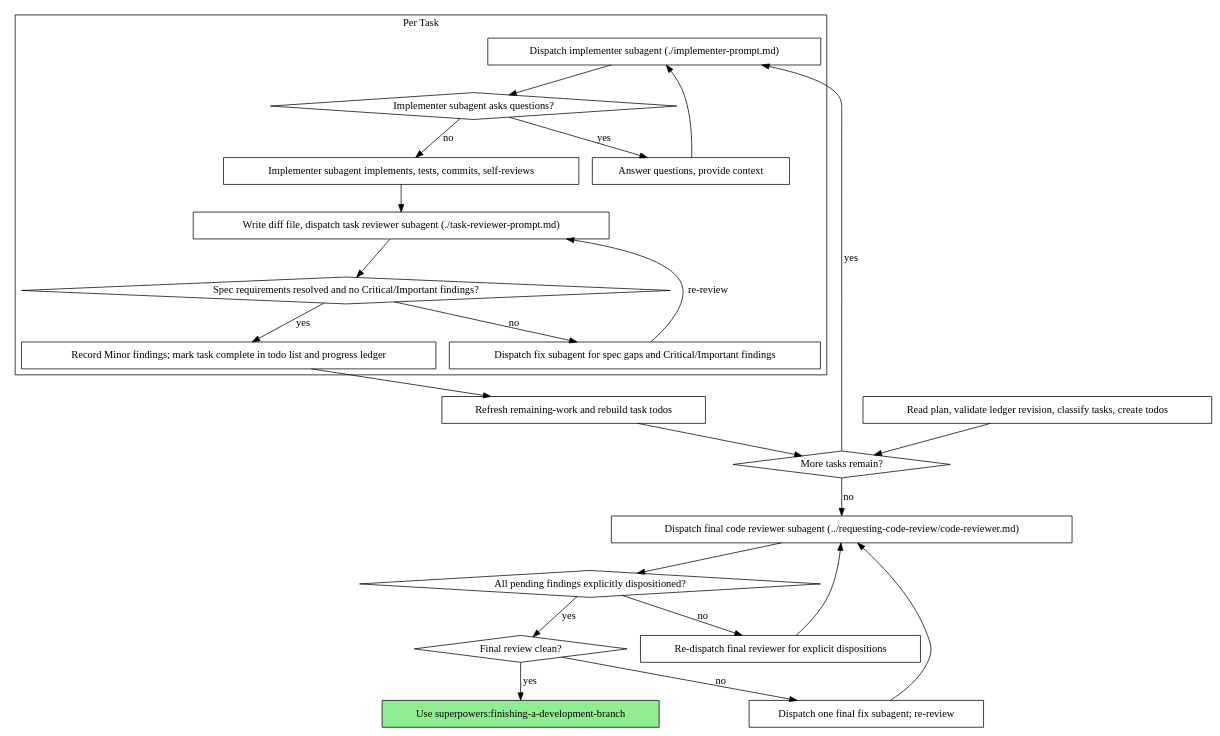
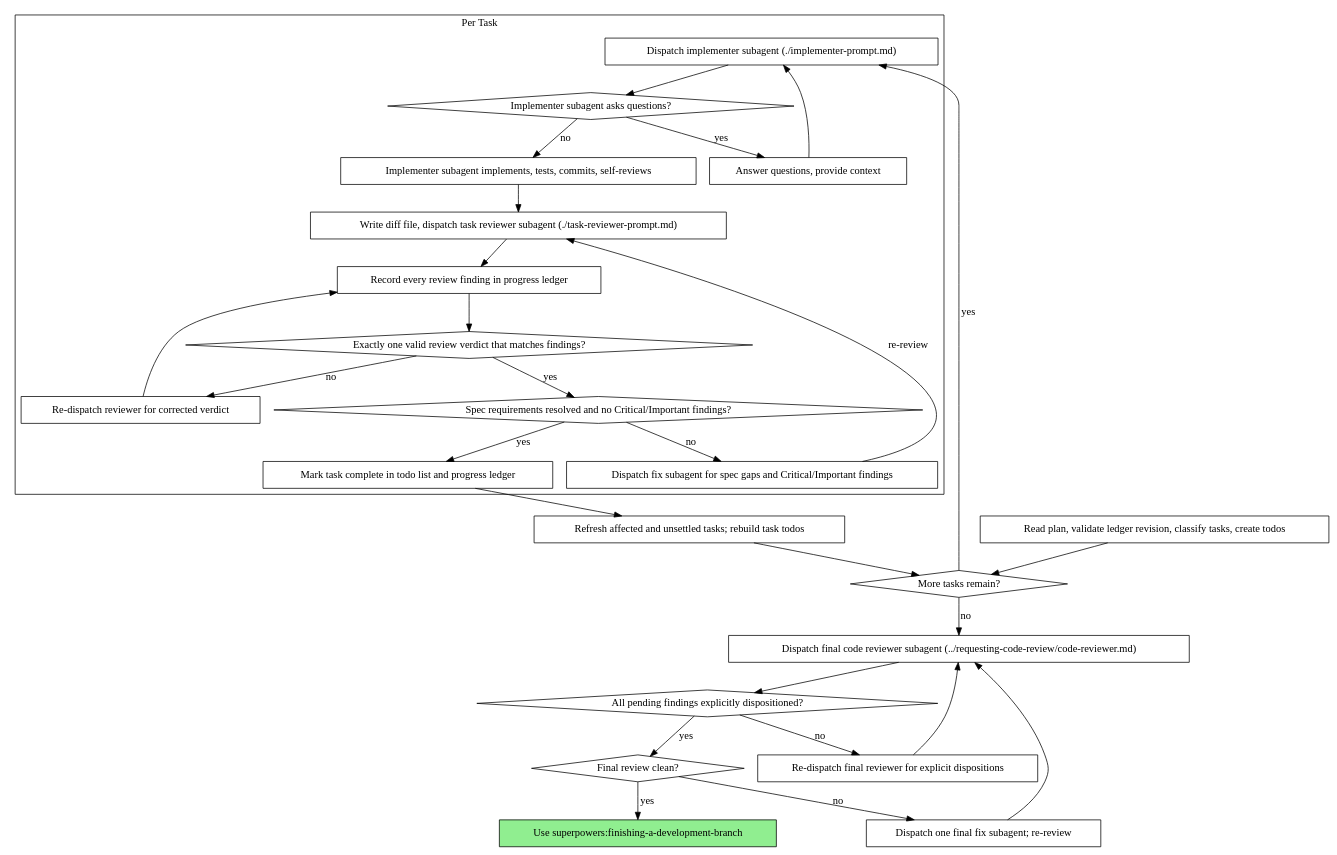
The second of 2 diagrams in skills/subagent-driven-development/SKILL.md (merlinran/superpowers), drawn with Graphviz before and after one commit. The commit also changed other lines of this file and 5 other files, not shown here.

````diff
--- a/skills/subagent-driven-development/SKILL.md
+++ b/skills/subagent-driven-development/SKILL.md
@@ -66,49 +66,56 @@
 ```dot
 digraph process {
     rankdir=TB;
 
     subgraph cluster_per_task {
         label="Per Task";
         "Dispatch implementer subagent (./implementer-prompt.md)" [shape=box];
         "Implementer subagent asks questions?" [shape=diamond];
         "Answer questions, provide context" [shape=box];
         "Implementer subagent implements, tests, commits, self-reviews" [shape=box];
         "Write diff file, dispatch task reviewer subagent (./task-reviewer-prompt.md)" [shape=box];
+        "Record every review finding in progress ledger" [shape=box];
+        "Exactly one valid review verdict that matches findings?" [shape=diamond];
+        "Re-dispatch reviewer for corrected verdict" [shape=box];
         "Spec requirements resolved and no Critical/Important findings?" [shape=diamond];
         "Dispatch fix subagent for spec gaps and Critical/Important findings" [shape=box];
-        "Record Minor findings; mark task complete in todo list and progress ledger" [shape=box];
+        "Mark task complete in todo list and progress ledger" [shape=box];
     }
 
     "Read plan, validate ledger revision, classify tasks, create todos" [shape=box];
-    "Refresh remaining-work and rebuild task todos" [shape=box];
+    "Refresh affected and unsettled tasks; rebuild task todos" [shape=box];
     "More tasks remain?" [shape=diamond];
     "Dispatch final code reviewer subagent (../requesting-code-review/code-reviewer.md)" [shape=box];
     "All pending findings explicitly dispositioned?" [shape=diamond];
     "Re-dispatch final reviewer for explicit dispositions" [shape=box];
     "Final review clean?" [shape=diamond];
     "Dispatch one final fix subagent; re-review" [shape=box];
     "Use superpowers:finishing-a-development-branch" [shape=box style=filled fillcolor=lightgreen];
 
     "Read plan, validate ledger revision, classify tasks, create todos" -> "More tasks remain?";
     "Dispatch implementer subagent (./implementer-prompt.md)" -> "Implementer subagent asks questions?";
     "Implementer subagent asks questions?" -> "Answer questions, provide context" [label="yes"];
     "Answer questions, provide context" -> "Dispatch implementer subagent (./implementer-prompt.md)";
     "Implementer subagent asks questions?" -> "Implementer subagent implements, tests, commits, self-reviews" [label="no"];
     "Implementer subagent implements, tests, commits, self-reviews" -> "Write diff file, dispatch task reviewer subagent (./task-reviewer-prompt.md)";
-    "Write diff file, dispatch task reviewer subagent (./task-reviewer-prompt.md)" -> "Spec requirements resolved and no Critical/Important findings?";
+    "Write diff file, dispatch task reviewer subagent (./task-reviewer-prompt.md)" -> "Record every review finding in progress ledger";
+    "Record every review finding in progress ledger" -> "Exactly one valid review verdict that matches findings?";
+    "Exactly one valid review verdict that matches findings?" -> "Re-dispatch reviewer for corrected verdict" [label="no"];
+    "Re-dispatch reviewer for corrected verdict" -> "Record every review finding in progress ledger";
+    "Exactly one valid review verdict that matches findings?" -> "Spec requirements resolved and no Critical/Important findings?" [label="yes"];
     "Spec requirements resolved and no Critical/Important findings?" -> "Dispatch fix subagent for spec gaps and Critical/Important findings" [label="no"];
     "Dispatch fix subagent for spec gaps and Critical/Important findings" -> "Write diff file, dispatch task reviewer subagent (./task-reviewer-prompt.md)" [label="re-review"];
-    "Spec requirements resolved and no Critical/Important findings?" -> "Record Minor findings; mark task complete in todo list and progress ledger" [label="yes"];
-    "Record Minor findings; mark task complete in todo list and progress ledger" -> "Refresh remaining-work and rebuild task todos";
-    "Refresh remaining-work and rebuild task todos" -> "More tasks remain?";
+    "Spec requirements resolved and no Critical/Important findings?" -> "Mark task complete in todo list and progress ledger" [label="yes"];
+    "Mark task complete in todo list and progress ledger" -> "Refresh affected and unsettled tasks; rebuild task todos";
+    "Refresh affected and unsettled tasks; rebuild task todos" -> "More tasks remain?";
     "More tasks remain?" -> "Dispatch implementer subagent (./implementer-prompt.md)" [label="yes"];
     "More tasks remain?" -> "Dispatch final code reviewer subagent (../requesting-code-review/code-reviewer.md)" [label="no"];
     "Dispatch final code reviewer subagent (../requesting-code-review/code-reviewer.md)" -> "All pending findings explicitly dispositioned?";
     "All pending findings explicitly dispositioned?" -> "Re-dispatch final reviewer for explicit dispositions" [label="no"];
     "Re-dispatch final reviewer for explicit dispositions" -> "Dispatch final code reviewer subagent (../requesting-code-review/code-reviewer.md)";
     "All pending findings explicitly dispositioned?" -> "Final review clean?" [label="yes"];
     "Final review clean?" -> "Dispatch one final fix subagent; re-review" [label="no"];
     "Dispatch one final fix subagent; re-review" -> "Dispatch final code reviewer subagent (../requesting-code-review/code-reviewer.md)";
     "Final review clean?" -> "Use superpowers:finishing-a-development-branch" [label="yes"];
 }
 ```
````
